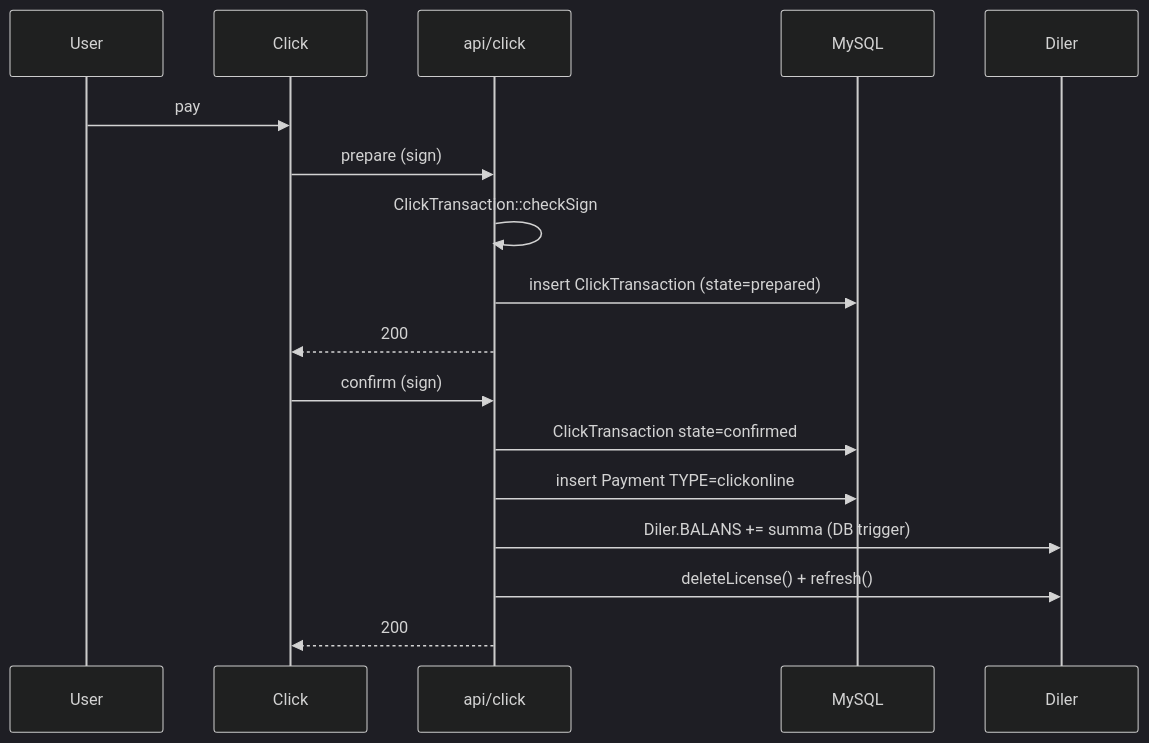
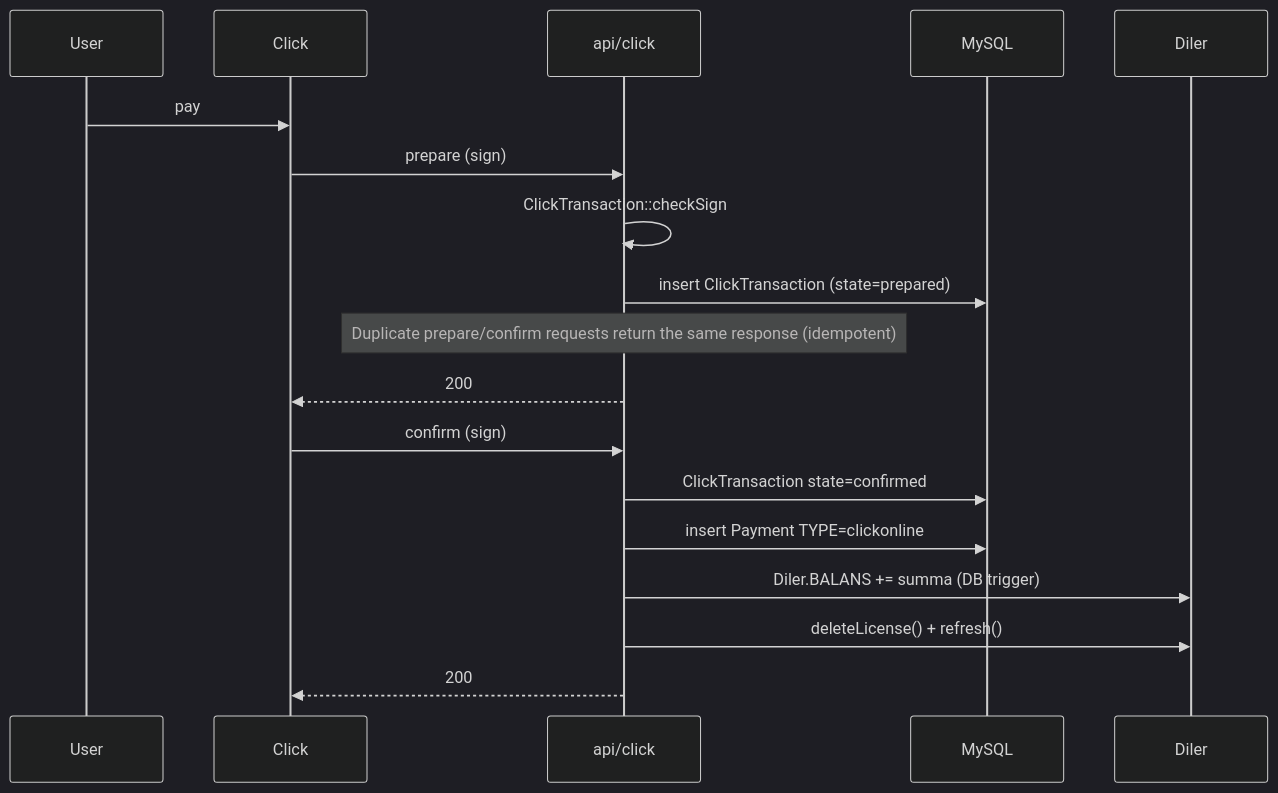
Before and after one commit to jamshidtulaganov/sd-doc: the first of 2 diagrams in docs/sd-billing/payment-gateways.md, drawn with Mermaid (dark theme). The commit also changed other lines of this file and 5 other files, not shown here.

````diff
--- a/docs/sd-billing/payment-gateways.md
+++ b/docs/sd-billing/payment-gateways.md
@@ -36,19 +60,20 @@
 ```mermaid
 sequenceDiagram
   participant U as User
   participant C as Click
   participant API as api/click
   participant DB as MySQL
   participant D as Diler
   U->>C: pay
   C->>API: prepare (sign)
   API->>API: ClickTransaction::checkSign
   API->>DB: insert ClickTransaction (state=prepared)
+  Note over API: Duplicate prepare/confirm requests return the same response (idempotent)
   API-->>C: 200
   C->>API: confirm (sign)
   API->>DB: ClickTransaction state=confirmed
   API->>DB: insert Payment TYPE=clickonline
   API->>D: Diler.BALANS += summa (DB trigger)
   API->>D: deleteLicense() + refresh()
   API-->>C: 200
 ```
````
